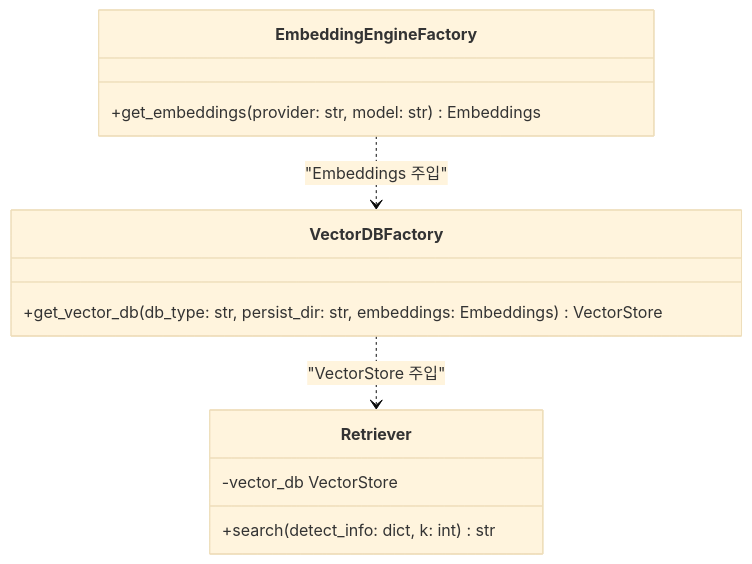
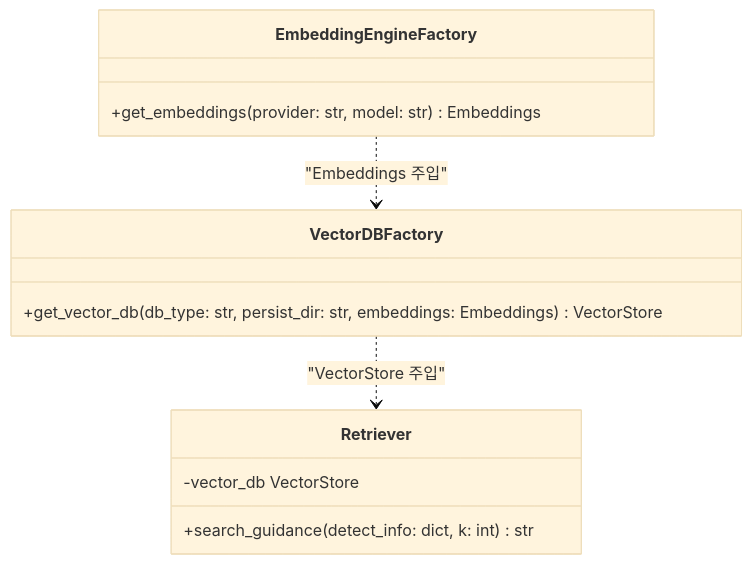
The first of 2 diagrams in docs/stage-guides/stage4_5_rag_design.md (Groog-sudo/Minchodan), drawn with Mermaid (base theme) before and after one commit. The commit also changed other lines of this file and 12 other files, not shown here.

````diff
--- a/docs/stage-guides/stage4_5_rag_design.md
+++ b/docs/stage-guides/stage4_5_rag_design.md
@@ -107,16 +107,16 @@
 ```mermaid
 classDiagram
     class EmbeddingEngineFactory {
         +get_embeddings(provider: str, model: str) Embeddings
     }
     class VectorDBFactory {
         +get_vector_db(db_type: str, persist_dir: str, embeddings: Embeddings) VectorStore
     }
     class Retriever {
         -vector_db VectorStore
-        +search(detect_info: dict, k: int) str
+        +search_guidance(detect_info: dict, k: int) str
     }
 
     EmbeddingEngineFactory ..> VectorDBFactory : "Embeddings 주입"
     VectorDBFactory ..> Retriever : "VectorStore 주입"
 ```
````
